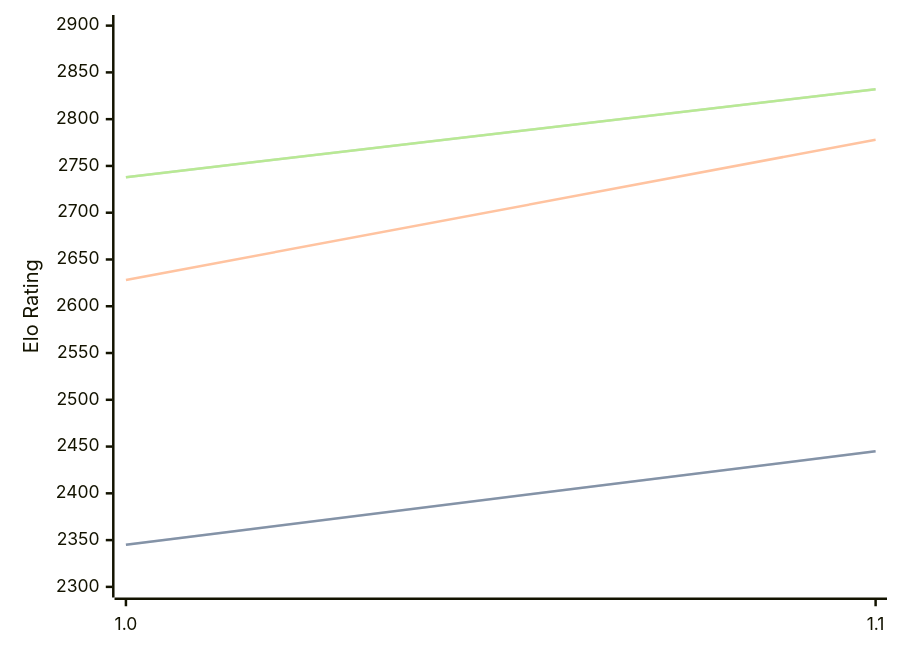
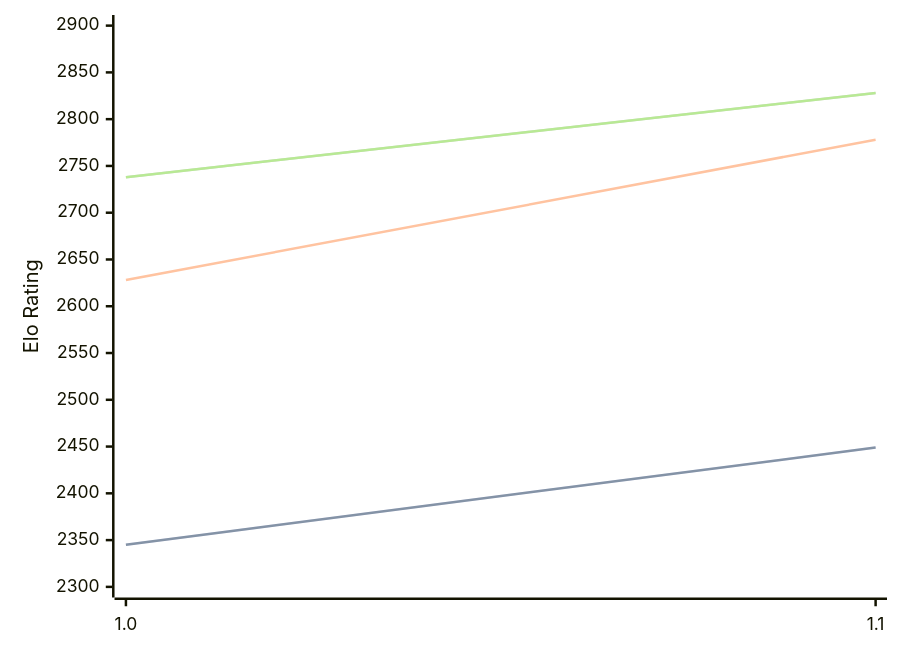
The diagram in engines/Casanchess.md (computer-chess-index/cci), drawn with Mermaid before and after one commit. The commit also changed other lines of this file, not shown here.

Commit message:
Update CCI Ratings (ELO VLTC) - 2026-09-10

````diff
--- a/engines/Casanchess.md
+++ b/engines/Casanchess.md
@@ -33,11 +33,11 @@
 ```mermaid
 %%{init: {"theme":"base","themeVariables":{"seriesColors:['#a3a3a3','#222221','#faa371']}}}%%
 xychart-beta
   x-axis ["1.0", "1.1"]
   y-axis "Elo Rating" 2300 --> 2900
-  line "" [2345, 2445]
-  line "STC (8.0+0.08s)" [2345, 2445]
+  line "" [2345, 2449]
+  line "STC (8.0+0.08s)" [2345, 2449]
   line "LTC (60.0+0.60s)" [2628, 2778]
-  line "" [2738, 2832]
-  line "VLTC (2m24s+1.12s)" [2738, 2832]
+  line "" [2738, 2828]
+  line "VLTC (2m24s+1.12s)" [2738, 2828]
 ```
````
